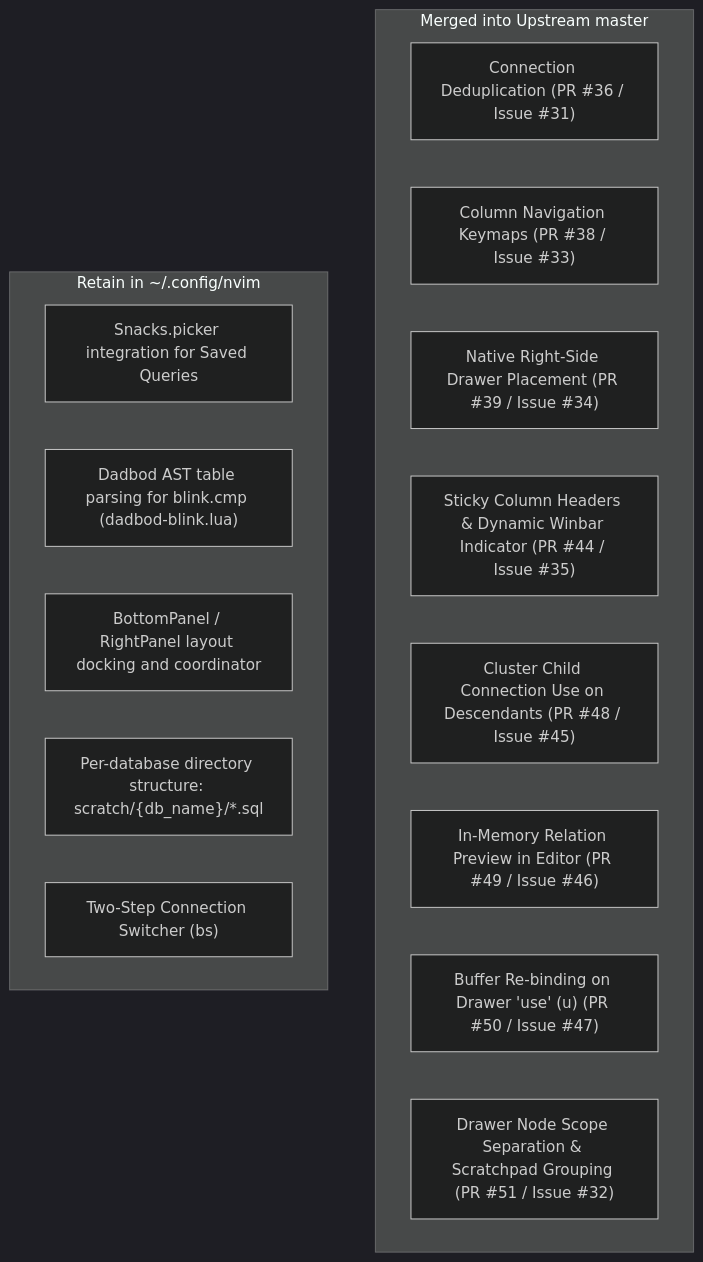
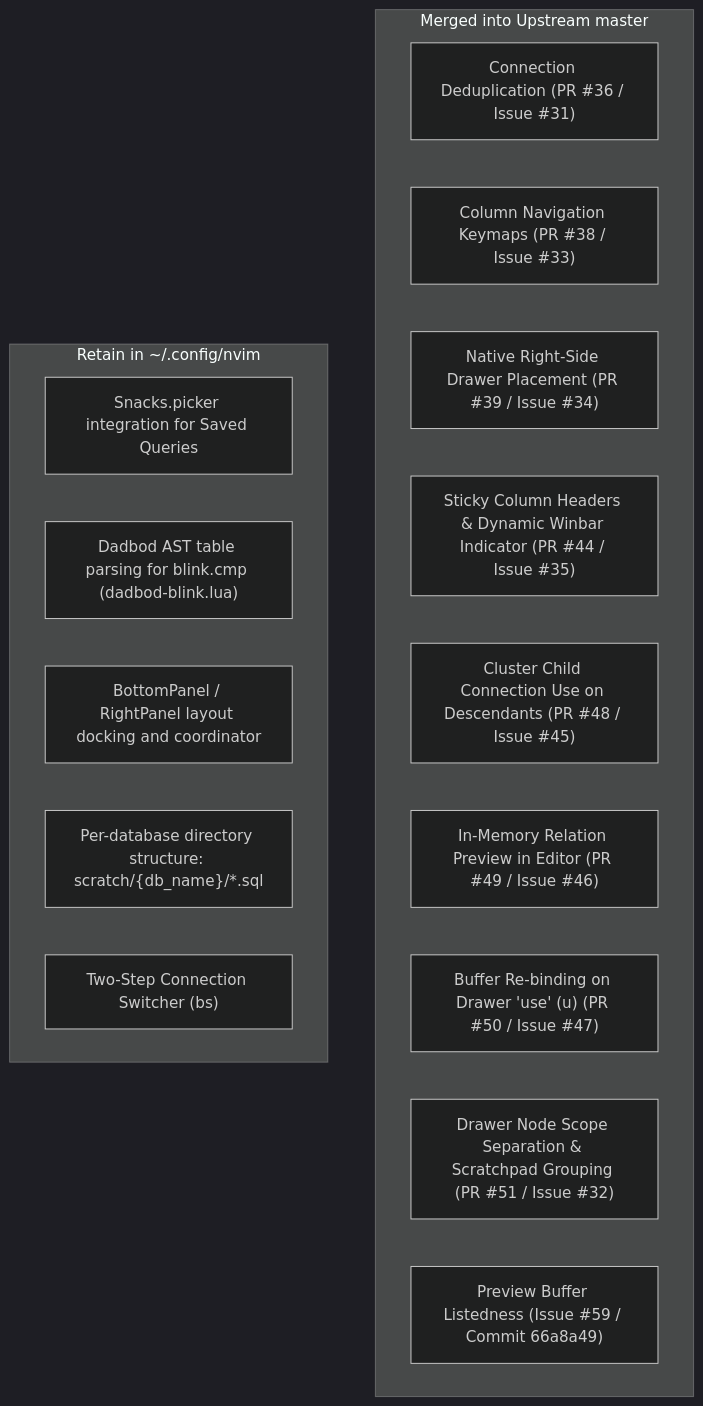
Before and after one commit to george-tk/nvim: the diagram in database_agent.md, drawn with Mermaid (dark theme). The commit also changed other lines of this file, not shown here.

Commit message:
docs(database): update sqmeow baseline to 66a8a49, resolve issue #59, and link PR #62

````diff
--- a/database_agent.md
+++ b/database_agent.md
@@ -34,21 +36,22 @@
 ```mermaid
 flowchart TD
     subgraph Resolved Upstream [Merged into Upstream master]
         A["Connection Deduplication (PR #36 / Issue #31)"]
         C["Column Navigation Keymaps (PR #38 / Issue #33)"]
         I["Native Right-Side Drawer Placement (PR #39 / Issue #34)"]
         D["Sticky Column Headers & Dynamic Winbar Indicator (PR #44 / Issue #35)"]
         J["Cluster Child Connection Use on Descendants (PR #48 / Issue #45)"]
         K["In-Memory Relation Preview in Editor (PR #49 / Issue #46)"]
         L["Buffer Re-binding on Drawer 'use' (u) (PR #50 / Issue #47)"]
         B["Drawer Node Scope Separation & Scratchpad Grouping (PR #51 / Issue #32)"]
+        N["Preview Buffer Listedness (Issue #59 / Commit 66a8a49)"]
     end
 
     subgraph User Config Integrations [Retain in ~/.config/nvim]
         E["Snacks.picker integration for Saved Queries"]
         F["Dadbod AST table parsing for blink.cmp (dadbod-blink.lua)"]
         G["BottomPanel / RightPanel layout docking and coordinator"]
         H["Per-database directory structure: scratch/{db_name}/*.sql"]
         M["Two-Step Connection Switcher (<leader>bs)"]
     end
 ```
````
